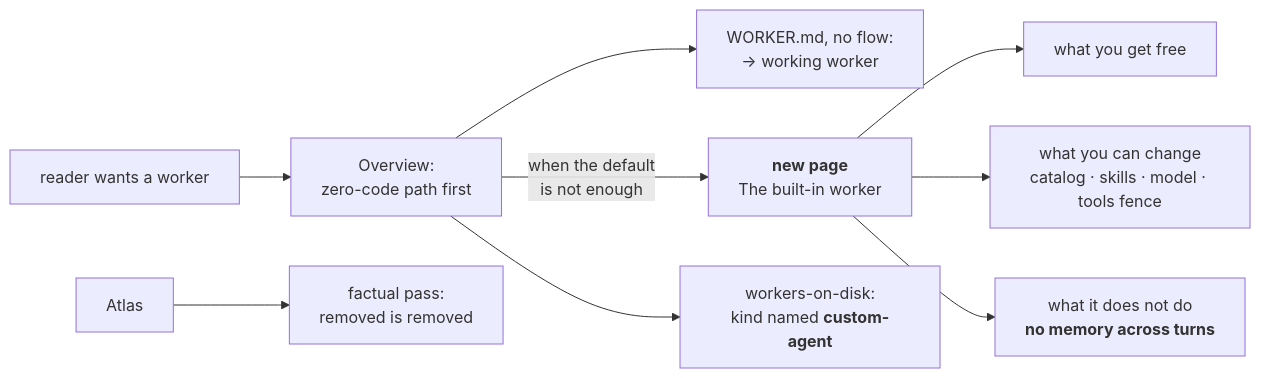
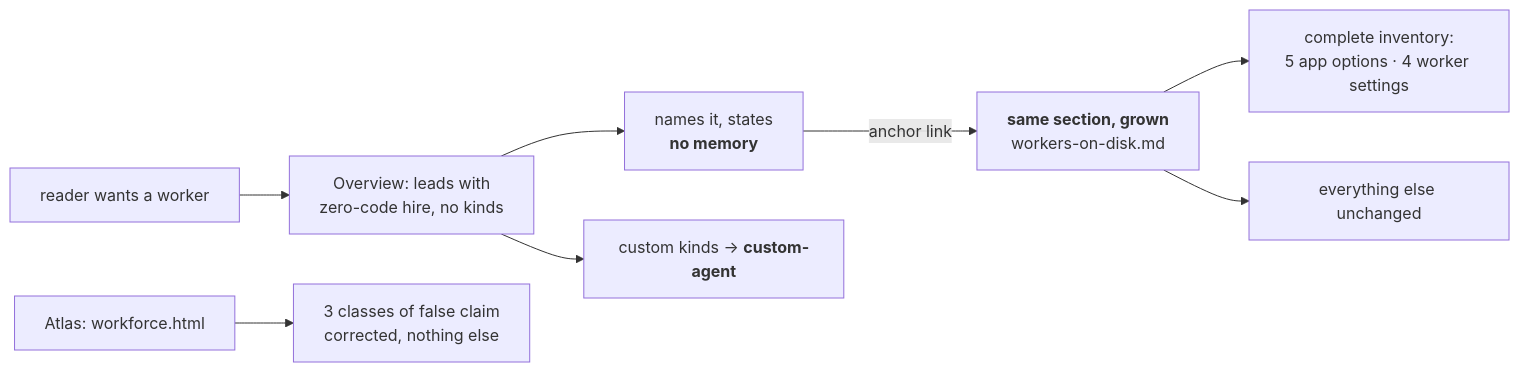
Before and after one commit to fixpoint-labs/flow-state-dev: the second of 3 diagrams in spec/FIX-1366.explainer.md, drawn with Mermaid. The commit also changed other lines of this file and 1 other file, not shown here.

````diff
--- a/spec/FIX-1366.explainer.md
+++ b/spec/FIX-1366.explainer.md
@@ -22,11 +23,10 @@
 ```mermaid
 flowchart LR
-  R["reader wants a worker"] --> O["Overview:<br/>zero-code path first"]
-  O --> W["WORKER.md, no flow:<br/>→ working worker"]
-  O -->|"when the default<br/>is not enough"| N["<b>new page</b><br/>The built-in worker"]
-  N --> N1["what you get free"]
-  N --> N2["what you can change<br/>catalog · skills · model · tools fence"]
-  N --> N3["what it does not do<br/><b>no memory across turns</b>"]
-  O --> F["workers-on-disk:<br/>kind named <b>custom-agent</b>"]
-  AT["Atlas"] --> AF["factual pass:<br/>removed is removed"]
+  R["reader wants a worker"] --> O["Overview: leads with<br/>zero-code hire, no kinds"]
+  O --> M["names it, states<br/><b>no memory</b>"]
+  M -->|"anchor link"| G["<b>same section, grown</b><br/>workers-on-disk.md"]
+  G --> G1["complete inventory:<br/>5 app options · 4 worker settings"]
+  G --> G2["everything else unchanged"]
+  O --> F["custom kinds → <b>custom-agent</b>"]
+  AT["Atlas: workforce.html"] --> AF["3 classes of false claim<br/>corrected, nothing else"]
 ```
````
